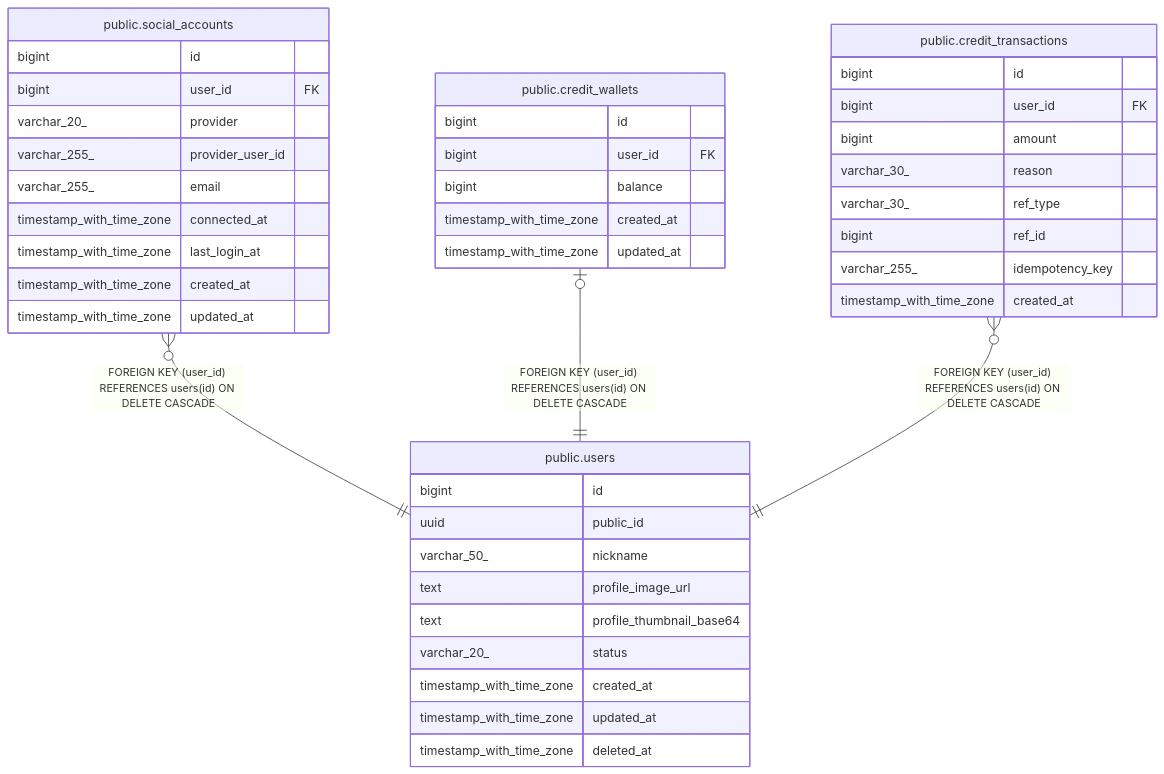
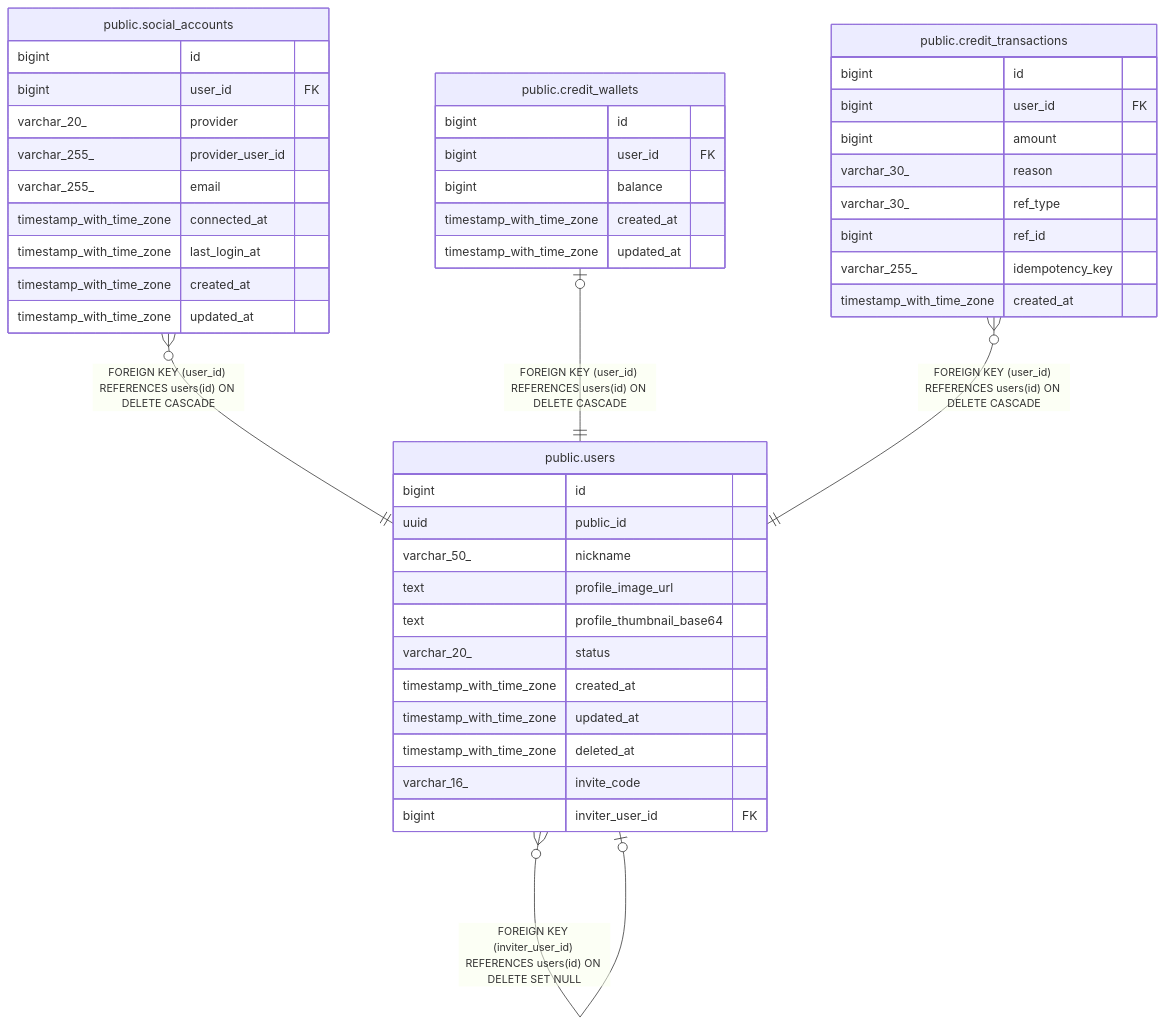
The diagram in dbdoc/public.users.md (KIM-N-KANG/manyak-server), drawn with Mermaid before and after one commit. The commit also changed other lines of this file and 23 other files, not shown here.

````diff
--- a/dbdoc/public.users.md
+++ b/dbdoc/public.users.md
@@ -34,47 +39,50 @@
 ```mermaid
 erDiagram
 
+"public.users" }o--o| "public.users" : "FOREIGN KEY (inviter_user_id) REFERENCES users(id) ON DELETE SET NULL"
 "public.social_accounts" }o--|| "public.users" : "FOREIGN KEY (user_id) REFERENCES users(id) ON DELETE CASCADE"
 "public.credit_wallets" |o--|| "public.users" : "FOREIGN KEY (user_id) REFERENCES users(id) ON DELETE CASCADE"
 "public.credit_transactions" }o--|| "public.users" : "FOREIGN KEY (user_id) REFERENCES users(id) ON DELETE CASCADE"
 
 "public.users" {
   bigint id
   uuid public_id
   varchar_50_ nickname
   text profile_image_url
   text profile_thumbnail_base64
   varchar_20_ status
   timestamp_with_time_zone created_at
   timestamp_with_time_zone updated_at
   timestamp_with_time_zone deleted_at
+  varchar_16_ invite_code
+  bigint inviter_user_id FK
 }
 "public.social_accounts" {
   bigint id
   bigint user_id FK
   varchar_20_ provider
   varchar_255_ provider_user_id
   varchar_255_ email
   timestamp_with_time_zone connected_at
   timestamp_with_time_zone last_login_at
   timestamp_with_time_zone created_at
   timestamp_with_time_zone updated_at
 }
 "public.credit_wallets" {
   bigint id
   bigint user_id FK
   bigint balance
   timestamp_with_time_zone created_at
   timestamp_with_time_zone updated_at
 }
 "public.credit_transactions" {
   bigint id
   bigint user_id FK
   bigint amount
   varchar_30_ reason
   varchar_30_ ref_type
   bigint ref_id
   varchar_255_ idempotency_key
   timestamp_with_time_zone created_at
 }
 ```
````
